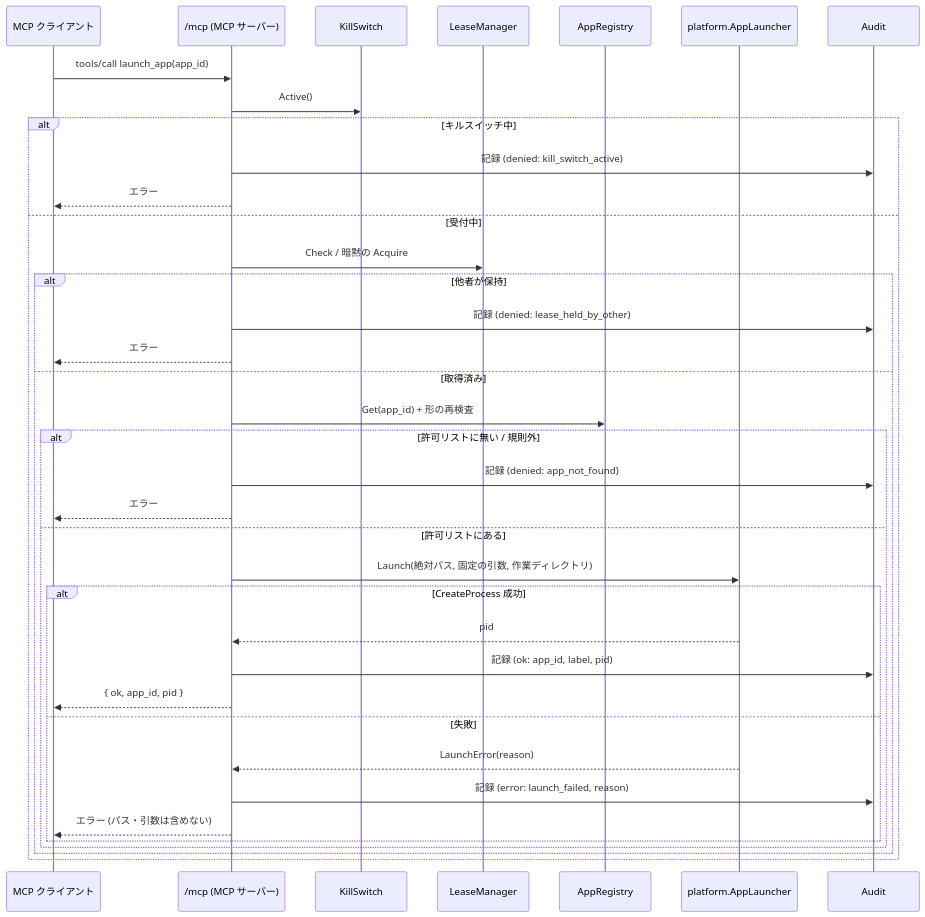
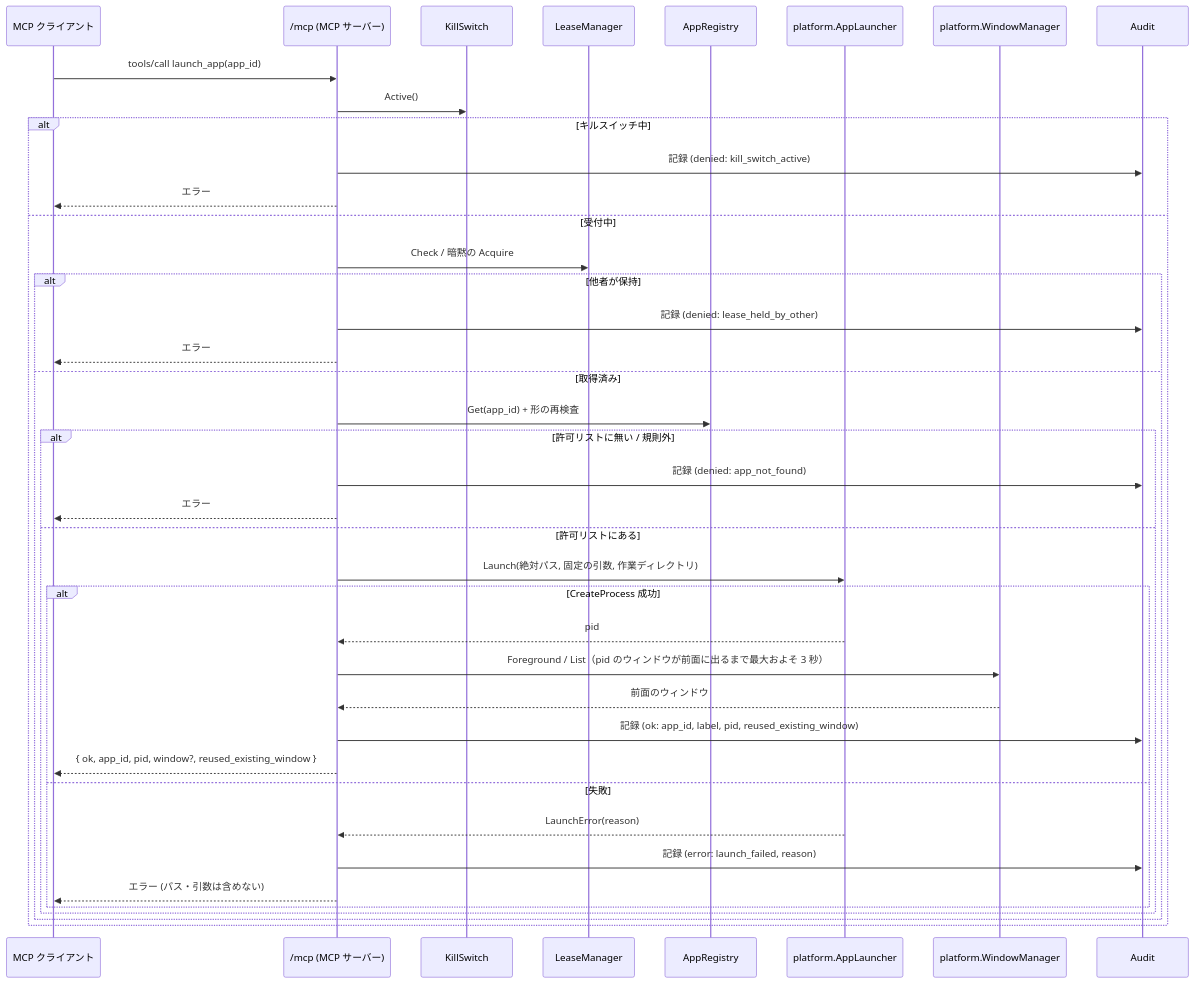
The fifth of 10 diagrams in docs/architecture/overview.md (ousiassllc/puppet-remo), drawn with Mermaid before and after one commit. The commit also changed other lines of this file and 18 other files, not shown here.

````diff
--- a/docs/architecture/overview.md
+++ b/docs/architecture/overview.md
@@ -264,39 +264,42 @@
 ```mermaid
 sequenceDiagram
     participant C as MCP クライアント
     participant M as /mcp (MCP サーバー)
     participant K as KillSwitch
     participant L as LeaseManager
     participant R as AppRegistry
     participant P as platform.AppLauncher
+    participant W as platform.WindowManager
     participant AU as Audit
     C->>M: tools/call launch_app(app_id)
     M->>K: Active()
     alt キルスイッチ中
         M->>AU: 記録 (denied: kill_switch_active)
         M-->>C: エラー
     else 受付中
         M->>L: Check / 暗黙の Acquire
         alt 他者が保持
             M->>AU: 記録 (denied: lease_held_by_other)
             M-->>C: エラー
         else 取得済み
             M->>R: Get(app_id) + 形の再検査
             alt 許可リストに無い / 規則外
                 M->>AU: 記録 (denied: app_not_found)
                 M-->>C: エラー
             else 許可リストにある
                 M->>P: Launch(絶対パス, 固定の引数, 作業ディレクトリ)
                 alt CreateProcess 成功
                     P-->>M: pid
-                    M->>AU: 記録 (ok: app_id, label, pid)
-                    M-->>C: { ok, app_id, pid }
+                    M->>W: Foreground / List（pid のウィンドウが前面に出るまで最大およそ 3 秒）
+                    W-->>M: 前面のウィンドウ
+                    M->>AU: 記録 (ok: app_id, label, pid, reused_existing_window)
+                    M-->>C: { ok, app_id, pid, window?, reused_existing_window }
                 else 失敗
                     P-->>M: LaunchError(reason)
                     M->>AU: 記録 (error: launch_failed, reason)
                     M-->>C: エラー (パス・引数は含めない)
                 end
             end
         end
     end
 ```
````
